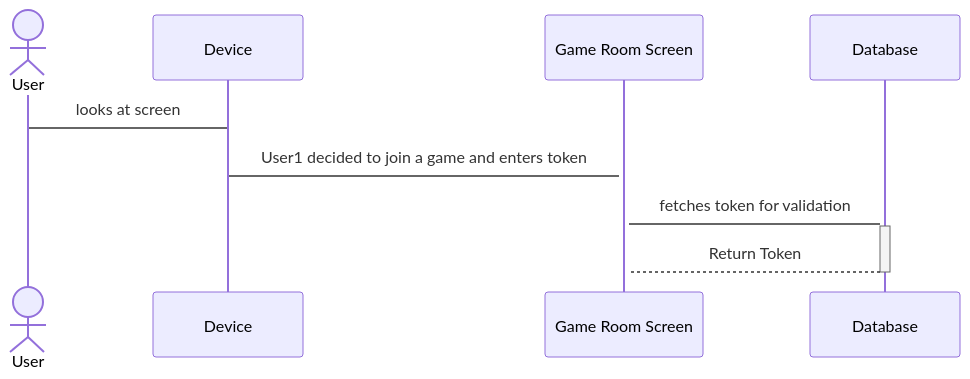
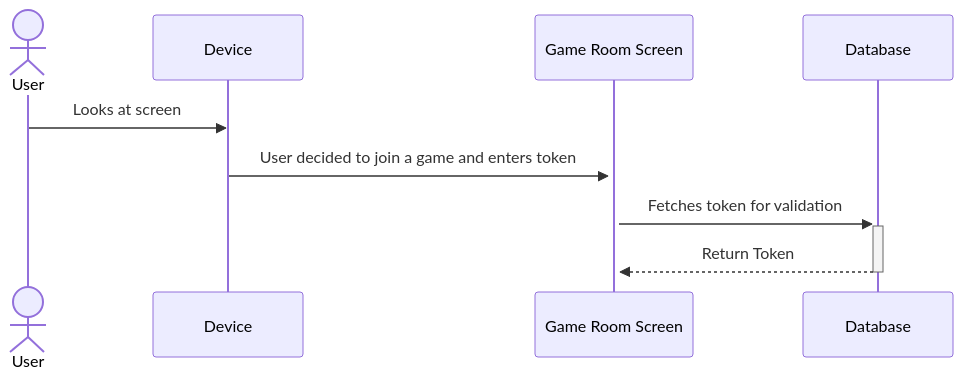
Before and after one commit to henryschoemer/project-aac-game-team-b_bugfix_team6: the third of 7 diagrams in documentation/docs/requirements/use-case-descriptions.md, drawn with Mermaid. The commit also changed other lines of this file, not shown here.

Commit message:
Added usecase 4 sequence diagram, fixed some formatting

````diff
--- a/documentation/docs/requirements/use-case-descriptions.md
+++ b/documentation/docs/requirements/use-case-descriptions.md
@@ -58,15 +58,15 @@
 ```mermaid
 sequenceDiagram 
     actor User
     participant D as Device
     participant GR as Game Room Screen
     participant Database
 
 
 
 
-    User -> D: looks at screen 
-    D ->+ GR: User1 decided to join a game and enters token
-    GR ->+ Database: fetches token for validation
-    Database -->- GR: Return Token
+    User ->> D: Looks at screen 
+    D ->>+ GR: User decided to join a game and enters token
+    GR ->>+ Database: Fetches token for validation
+    Database -->>- GR: Return Token
 ```    
````
